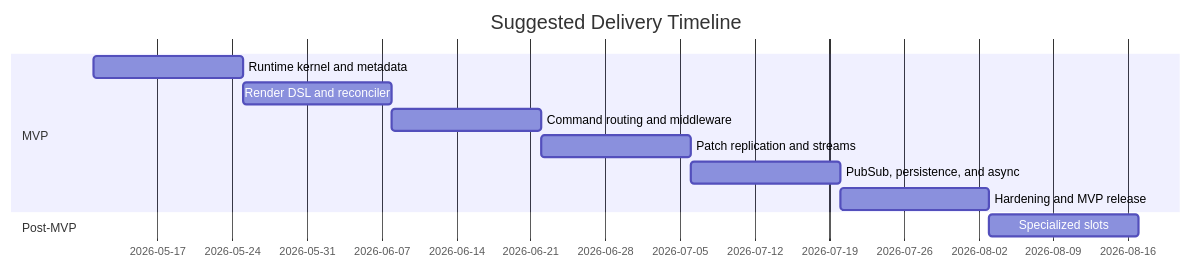
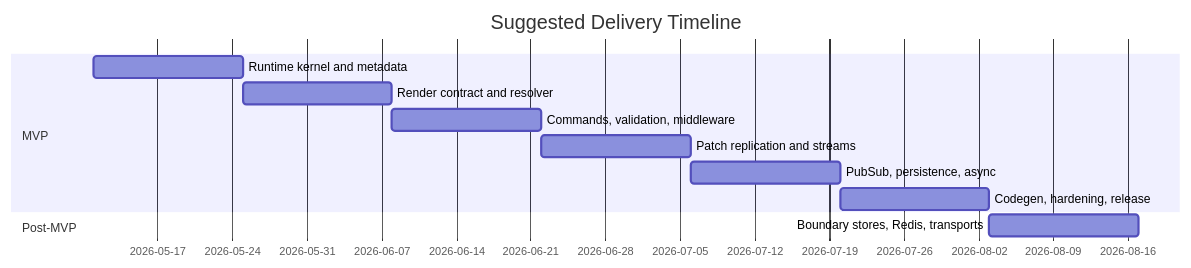
One commit to fahchen/arbor changed the diagram in docs/PRD.md. Above: the diagram before and after it, drawn with Mermaid. The commit also changed other lines of this file, not shown here.

````diff
--- a/docs/PRD.md
+++ b/docs/PRD.md
@@ -694,14 +1283,14 @@
 ```mermaid
 gantt
     title Suggested Delivery Timeline
     dateFormat  YYYY-MM-DD
     section MVP
     Runtime kernel and metadata          :a1, 2026-05-11, 14d
-    Render DSL and reconciler            :a2, after a1, 14d
-    Command routing and middleware       :a3, after a2, 14d
+    Render contract and resolver         :a2, after a1, 14d
+    Commands, validation, middleware     :a3, after a2, 14d
     Patch replication and streams        :a4, after a3, 14d
-    PubSub, persistence, and async       :a5, after a4, 14d
-    Hardening and MVP release            :a6, after a5, 14d
+    PubSub, persistence, async           :a5, after a4, 14d
+    Codegen, hardening, release          :a6, after a5, 14d
     section Post-MVP
-    Specialized slots                    :a7, after a6, 14d
+    Boundary stores, Redis, transports   :a7, after a6, 14d
 ```
````
